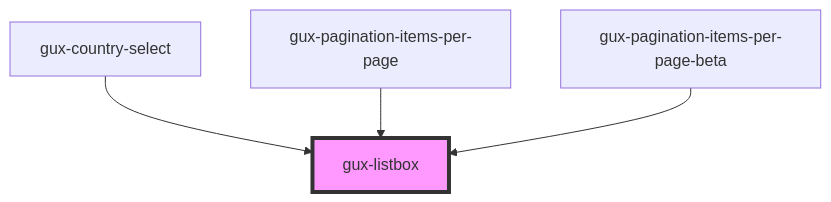
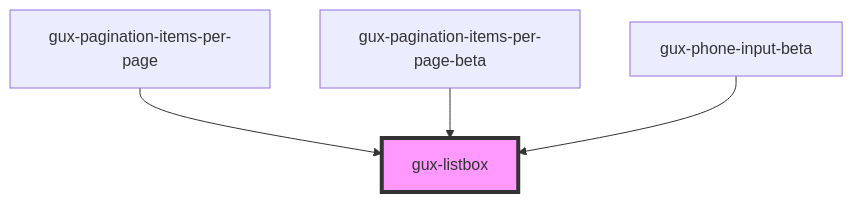
The diagram in src/components/stable/gux-listbox/readme.md (MyPureCloud/genesys-spark), drawn with Mermaid before and after one commit. The commit also changed other lines of this file and 46 other files, not shown here.

Commit message:
chore(phone-input): refactoring to use form-field paradigm like time-picker

````diff
--- a/src/components/stable/gux-listbox/readme.md
+++ b/src/components/stable/gux-listbox/readme.md
@@ -50,7 +50,7 @@
 ```mermaid
 graph TD;
-  gux-country-select --> gux-listbox
   gux-pagination-items-per-page --> gux-listbox
   gux-pagination-items-per-page-beta --> gux-listbox
+  gux-phone-input-beta --> gux-listbox
   style gux-listbox fill:#f9f,stroke:#333,stroke-width:4px
 ```
````
